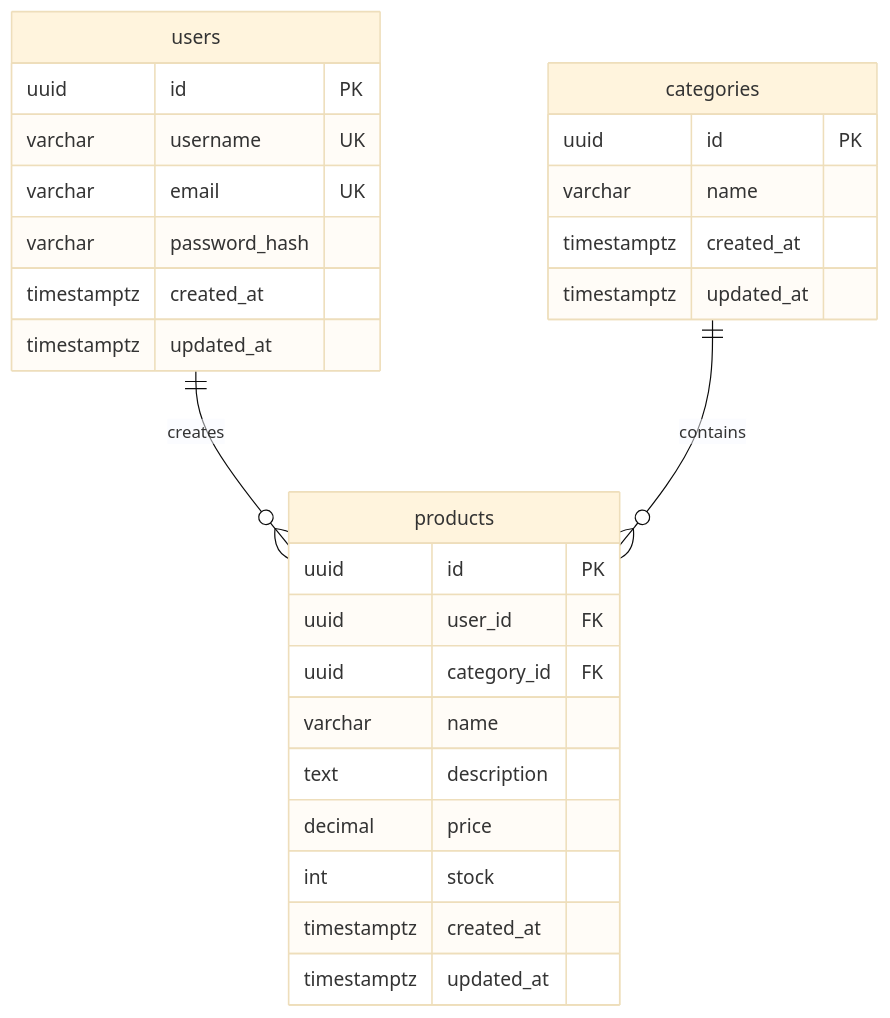
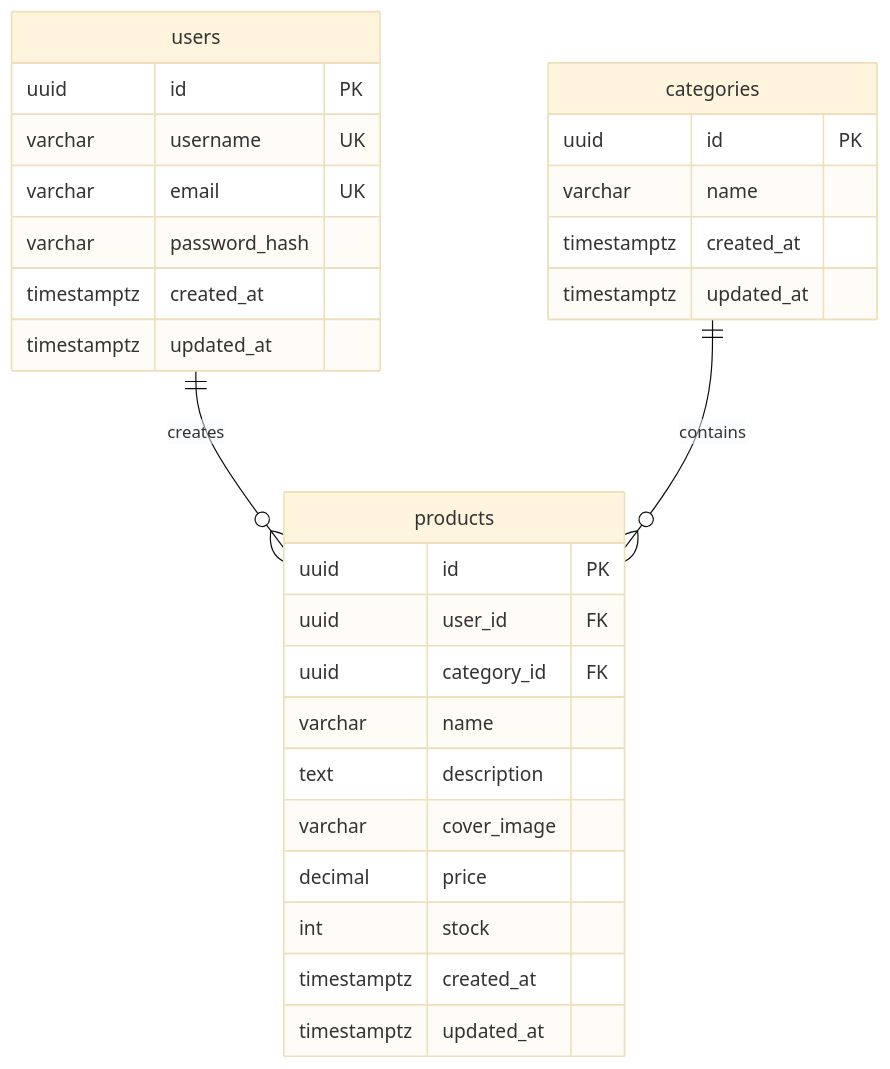
Before and after one commit to py678/ecommerce-product-system: the diagram in docs/database.md, drawn with Mermaid (base theme). The commit also changed other lines of this file and 34 other files, not shown here.

````diff
--- a/docs/database.md
+++ b/docs/database.md
@@ -5,30 +5,31 @@
 ```mermaid
 erDiagram
   users ||--o{ products : creates
   categories ||--o{ products : contains
   users {
     uuid id PK
     varchar username UK
     varchar email UK
     varchar password_hash
     timestamptz created_at
     timestamptz updated_at
   }
   categories {
     uuid id PK
     varchar name
     timestamptz created_at
     timestamptz updated_at
   }
   products {
     uuid id PK
     uuid user_id FK
     uuid category_id FK
     varchar name
     text description
+    varchar cover_image
     decimal price
     int stock
     timestamptz created_at
     timestamptz updated_at
   }
 ```
````
